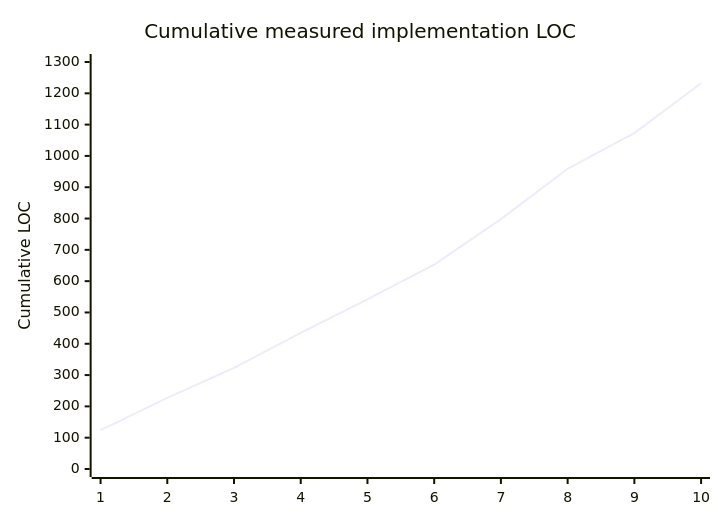
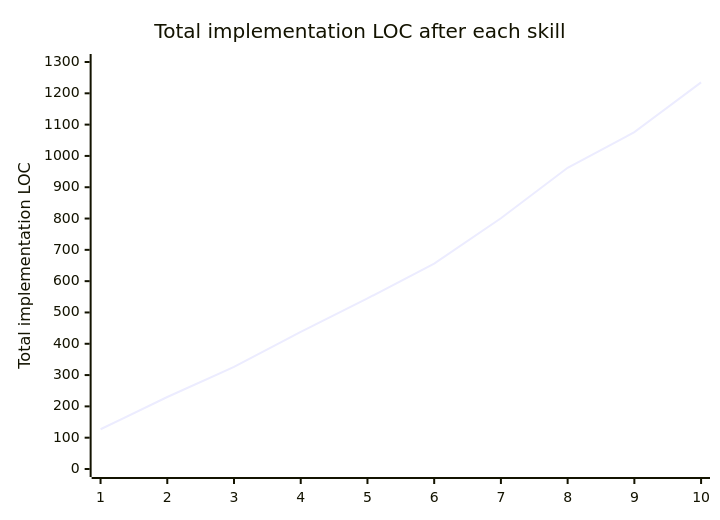
The seventh of 8 diagrams in human_t7/nasa/RESULTS.md (Devansh-Khandor/seai26f-shrinking-code), drawn with Mermaid before and after one commit. The commit also changed other lines of this file and 2 other files, not shown here.

Commit message:
docs(t7-nasa): align LOC reporting with treatment harness

````diff
--- a/human_t7/nasa/RESULTS.md
+++ b/human_t7/nasa/RESULTS.md
@@ -645,13 +386,7 @@
 ```mermaid
-
 xychart-beta
-
-    title "Cumulative measured implementation LOC"
-
+    title "Total implementation LOC after each skill"
     x-axis [1, 2, 3, 4, 5, 6, 7, 8, 9, 10]
-
-    y-axis "Cumulative LOC" 0 --> 1300
-
-    line [124, 227, 323, 435, 542, 653, 798, 959, 1073, 1232]
-
+    y-axis "Total implementation LOC" 0 --> 1300
+    line [127, 230, 326, 438, 545, 656, 801, 962, 1076, 1235]
 ```
````
